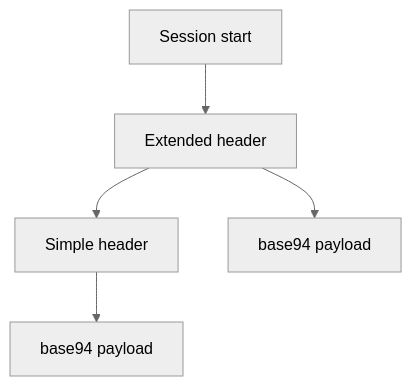
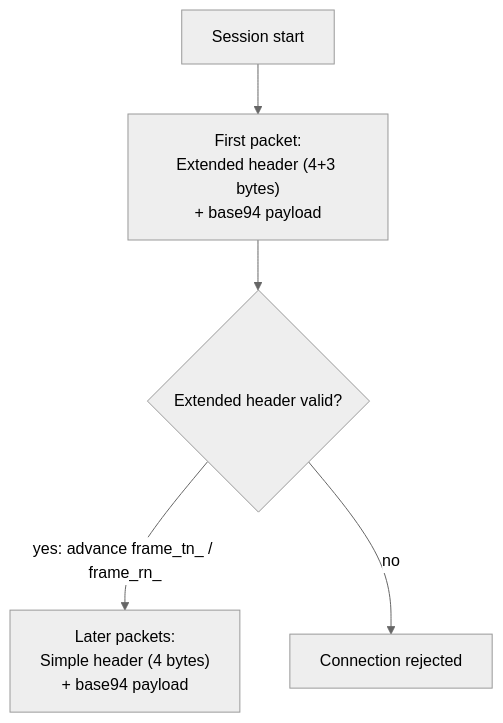
The second of 8 diagrams in docs/PACKET_FORMATS.md (HyacinthHaru/openppp2), drawn with Mermaid (neutral theme) before and after one commit. The commit also changed other lines of this file and 93 other files, not shown here.

````diff
--- a/docs/PACKET_FORMATS.md
+++ b/docs/PACKET_FORMATS.md
@@ -51,7 +76,7 @@
 ```mermaid
 flowchart TD
-    A[Session start] --> B[Extended header]
-    B --> C[Simple header]
-    B --> D[base94 payload]
-    C --> E[base94 payload]
+    A[Session start] --> B["First packet:\nExtended header (4+3 bytes)\n+ base94 payload"]
+    B --> C{Extended header valid?}
+    C -->|"yes: advance frame_tn_ / frame_rn_"| D["Later packets:\nSimple header (4 bytes)\n+ base94 payload"]
+    C -->|"no"| E["Connection rejected"]
 ```
````
